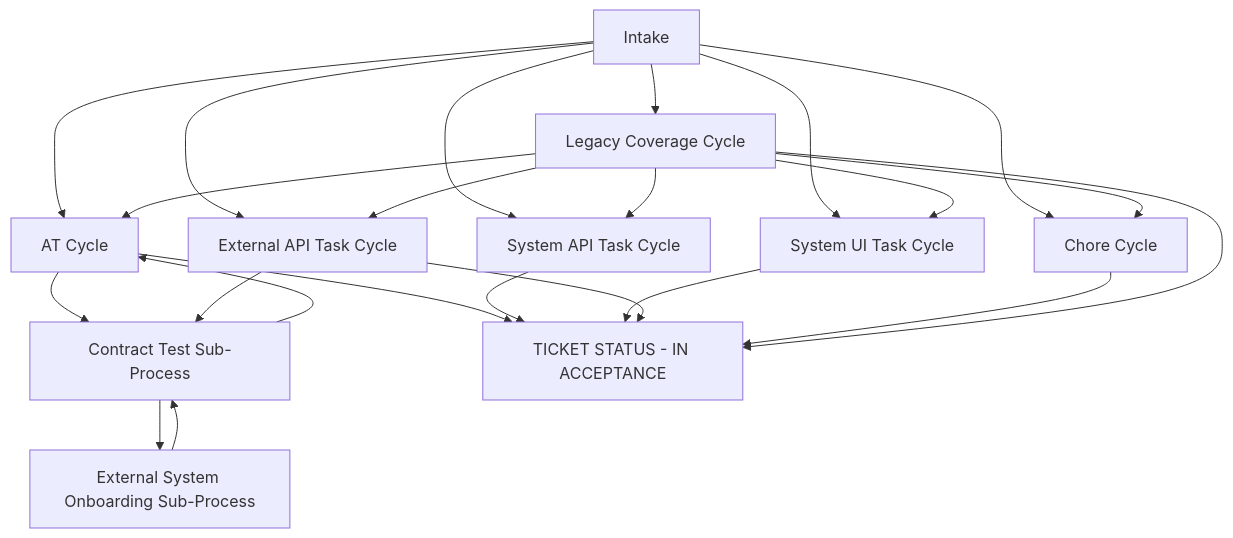
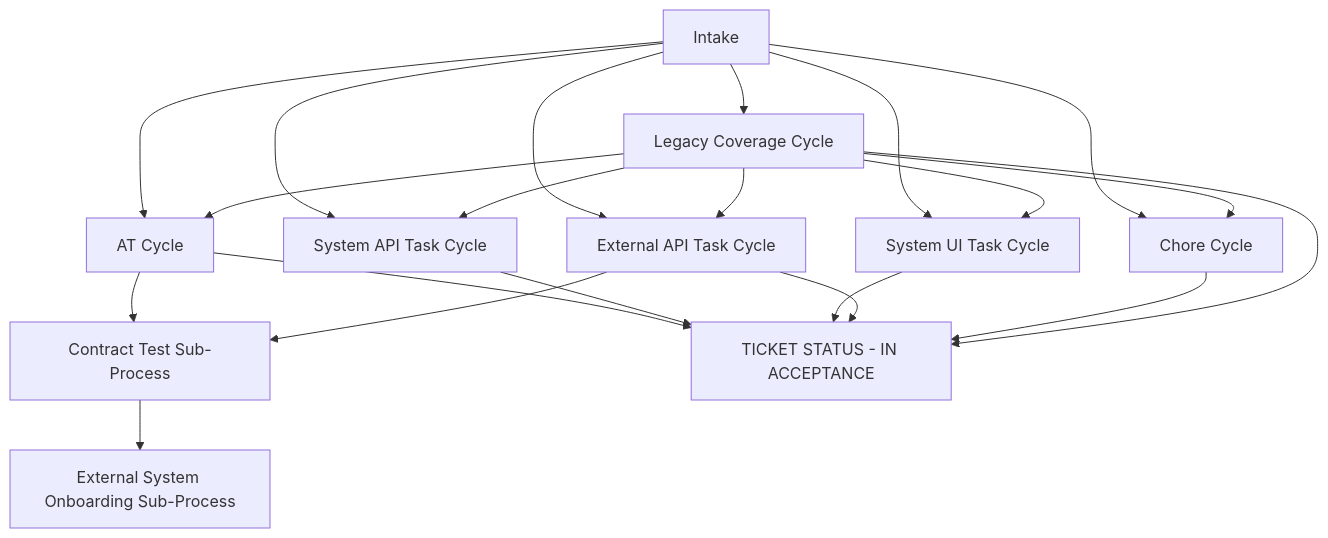
The first of 10 diagrams in docs/atdd/process/diagram-process.md (optivem/starter), drawn with Mermaid before and after one commit. The commit also changed other lines of this file and 2 other files, not shown here.

````diff
--- a/docs/atdd/process/diagram-process.md
+++ b/docs/atdd/process/diagram-process.md
@@ -26,36 +26,34 @@
 ```mermaid
 flowchart TD
     INTAKE[Intake]
     LEGACY[Legacy Coverage Cycle]
     AT[AT Cycle]
-    SYS_API[System API Task Cycle]
-    SYS_UI[System UI Task Cycle]
-    EXT_API[External API Task Cycle]
+    SYSAPI[System API Task Cycle]
+    SYSUI[System UI Task Cycle]
+    EXTAPI[External API Task Cycle]
     CHORE[Chore Cycle]
     CT[Contract Test Sub-Process]
     ONBOARD[External System Onboarding Sub-Process]
-    IN_ACCEPTANCE[TICKET STATUS - IN ACCEPTANCE]
+    INACC[TICKET STATUS - IN ACCEPTANCE]
 
     INTAKE --> LEGACY
     INTAKE --> AT
-    INTAKE --> SYS_API
-    INTAKE --> SYS_UI
-    INTAKE --> EXT_API
+    INTAKE --> SYSAPI
+    INTAKE --> SYSUI
+    INTAKE --> EXTAPI
     INTAKE --> CHORE
     LEGACY --> AT
-    LEGACY --> SYS_API
-    LEGACY --> SYS_UI
-    LEGACY --> EXT_API
+    LEGACY --> SYSAPI
+    LEGACY --> SYSUI
+    LEGACY --> EXTAPI
     LEGACY --> CHORE
     AT --> CT
-    CT --> AT
-    EXT_API --> CT
+    EXTAPI --> CT
     CT --> ONBOARD
-    ONBOARD --> CT
-    AT --> IN_ACCEPTANCE
-    SYS_API --> IN_ACCEPTANCE
-    SYS_UI --> IN_ACCEPTANCE
-    EXT_API --> IN_ACCEPTANCE
-    CHORE --> IN_ACCEPTANCE
-    LEGACY --> IN_ACCEPTANCE
+    AT --> INACC
+    SYSAPI --> INACC
+    SYSUI --> INACC
+    EXTAPI --> INACC
+    CHORE --> INACC
+    LEGACY --> INACC
 ```
````
